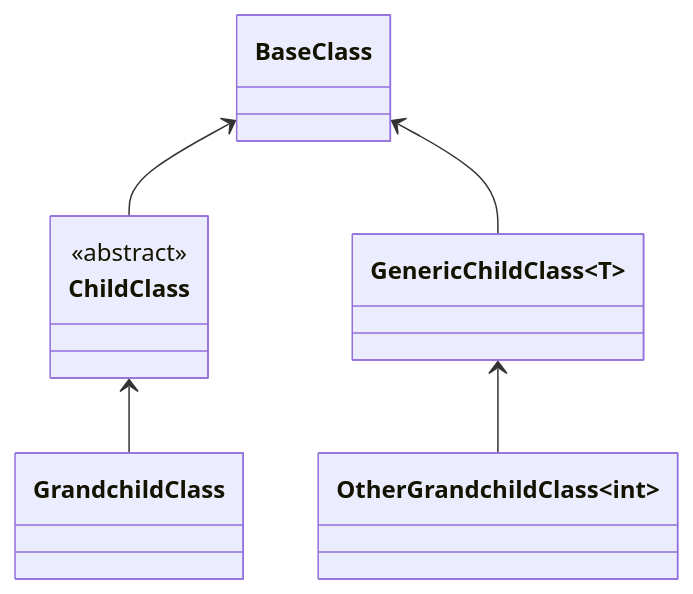
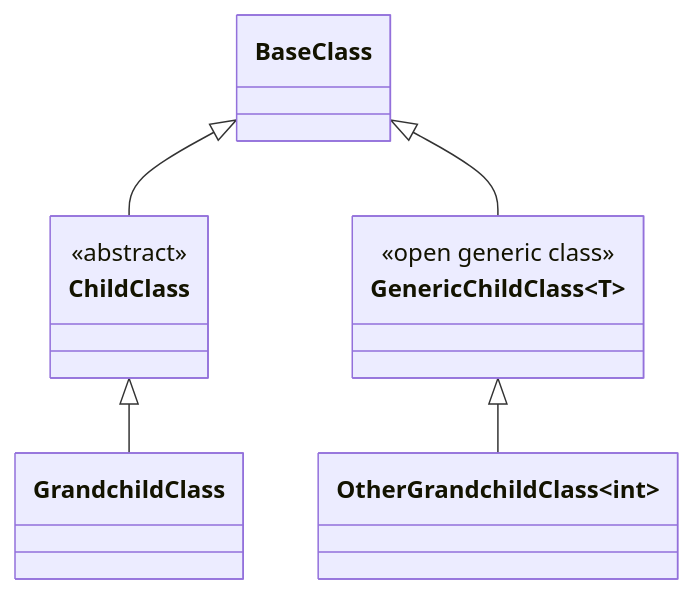
The diagram in Source/Docs/Filters/RegisterClassesDescendedFrom.md (mrpmorris/Roslynject), drawn with Mermaid before and after one commit. The commit also changed other lines of this file and 2 other files, not shown here.

````diff
--- a/Source/Docs/Filters/RegisterClassesDescendedFrom.md
+++ b/Source/Docs/Filters/RegisterClassesDescendedFrom.md
@@ -13,11 +21,15 @@
 ```mermaid
 classDiagram
-   BaseClass <-- ChildClass
-   BaseClass <-- GenericChildClass~T~
-   ChildClass <-- GrandchildClass
-   GenericChildClass <-- OtherGrandchildClass~int~
+   BaseClass <|-- ChildClass
+   BaseClass <|-- GenericChildClass~T~
+   ChildClass <|-- GrandchildClass
+   GenericChildClass <|-- OtherGrandchildClass~int~
 
    class ChildClass {
        <<abstract>>
    }
+
+   class GenericChildClass {
+      <<open generic class>>
+   }
 ```
````
